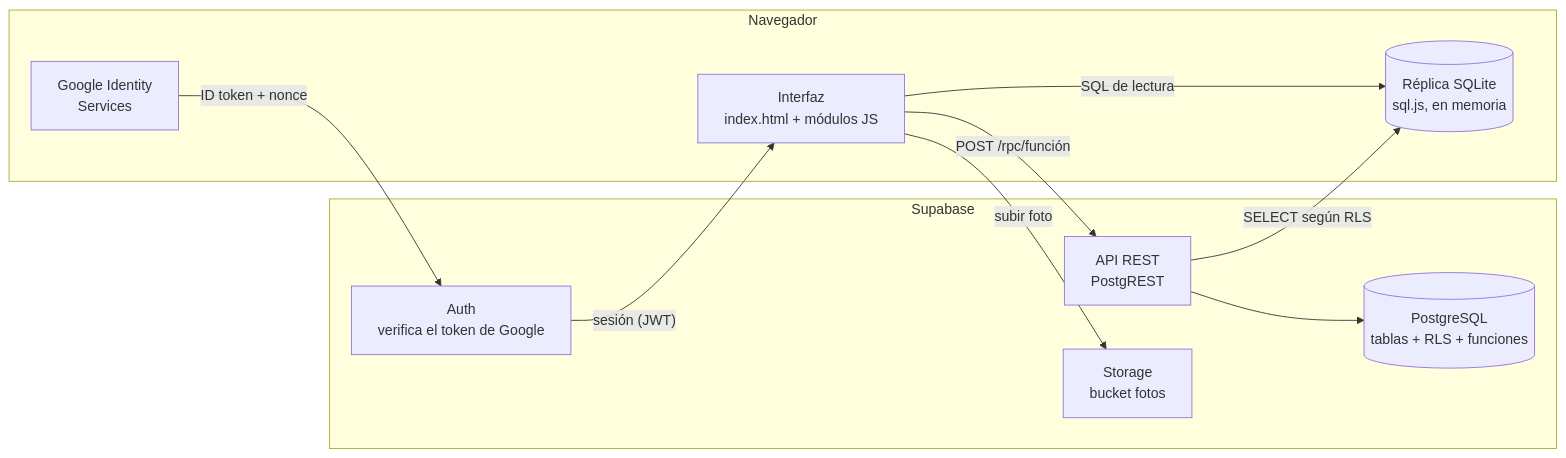
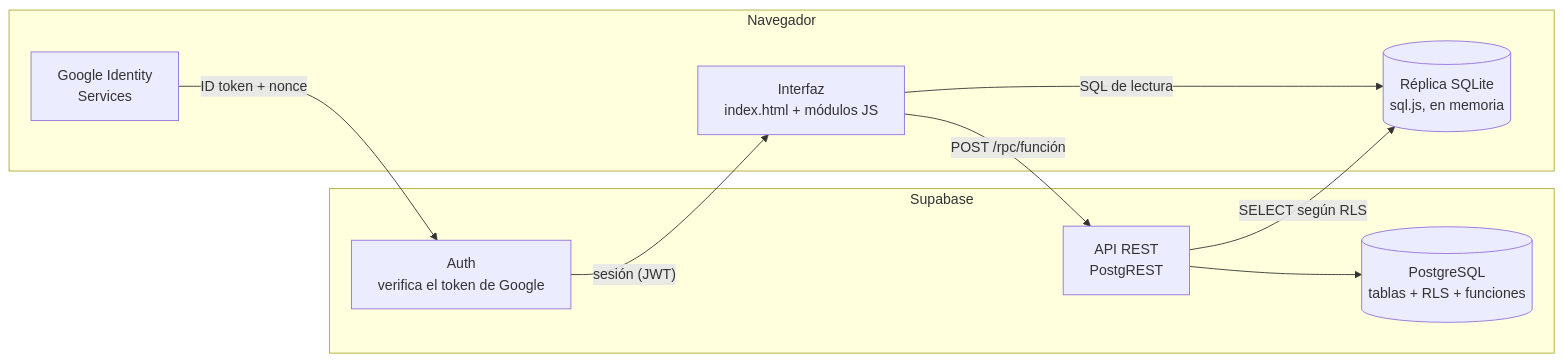
Before and after one commit to Ryuuga-CODE/EcoGestion: the second of 4 diagrams in docs/GUIA_DESARROLLADOR.md, drawn with Mermaid. The commit also changed other lines of this file and 60 other files, not shown here.

````diff
--- a/docs/GUIA_DESARROLLADOR.md
+++ b/docs/GUIA_DESARROLLADOR.md
@@ -28,21 +42,19 @@
 ```mermaid
 flowchart LR
     subgraph Navegador
         UI["Interfaz<br/>index.html + módulos JS"]
         R[("Réplica SQLite<br/>sql.js, en memoria")]
         GIS["Google Identity<br/>Services"]
     end
     subgraph Supabase
         AUTH["Auth<br/>verifica el token de Google"]
         API["API REST<br/>PostgREST"]
         PG[("PostgreSQL<br/>tablas + RLS + funciones")]
-        ST["Storage<br/>bucket fotos"]
     end
     GIS -- "ID token + nonce" --> AUTH
     AUTH -- "sesión (JWT)" --> UI
     UI -- "SQL de lectura" --> R
     API -- "SELECT según RLS" --> R
     UI -- "POST /rpc/función" --> API
     API --> PG
-    UI -- "subir foto" --> ST
 ```
````
